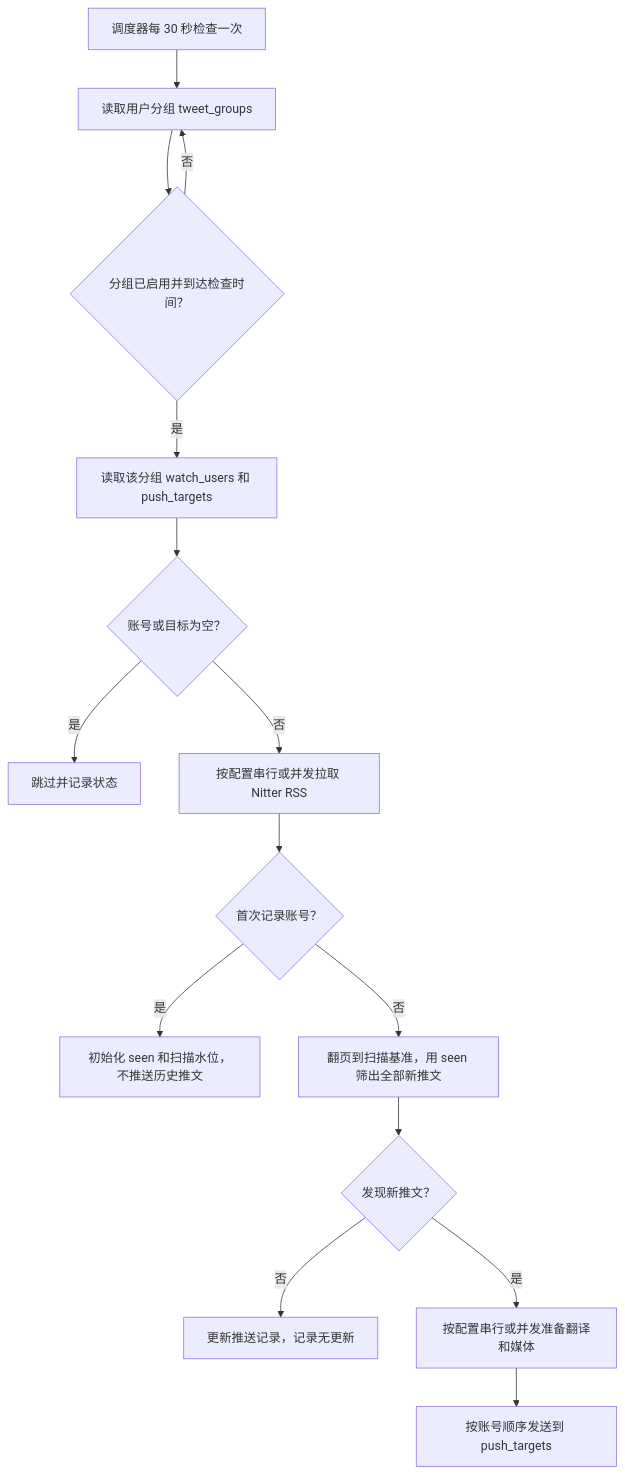
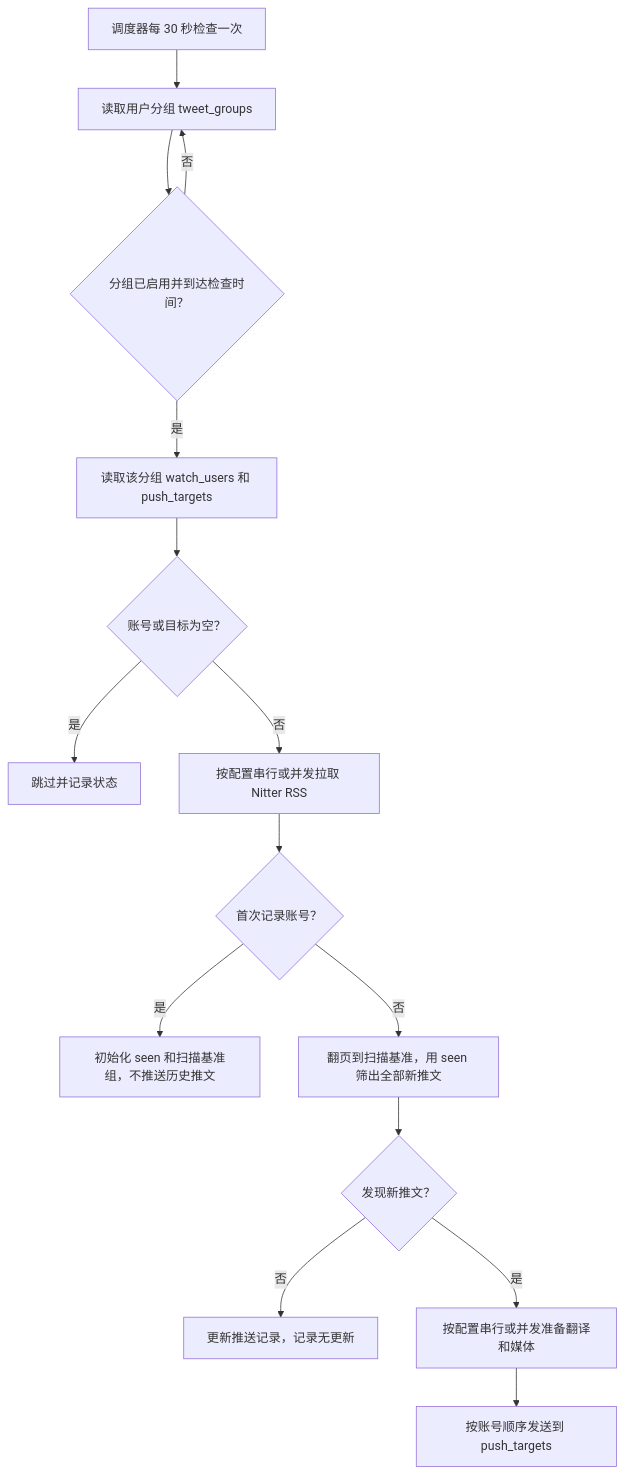
Before and after one commit to shitianyaa/astrbot_plugin_nitter_tweets: the first of 3 diagrams in docs/advanced.md, drawn with Mermaid. The commit also changed other lines of this file and 10 other files, not shown here.

````diff
--- a/docs/advanced.md
+++ b/docs/advanced.md
@@ -24,17 +24,17 @@
 ```mermaid
 flowchart TD
     A["调度器每 30 秒检查一次"] --> B["读取用户分组 tweet_groups"]
     B --> C{"分组已启用并到达检查时间？"}
     C -->|否| B
     C -->|是| D["读取该分组 watch_users 和 push_targets"]
     D --> E{"账号或目标为空？"}
     E -->|是| F["跳过并记录状态"]
     E -->|否| G["按配置串行或并发拉取 Nitter RSS"]
     G --> H{"首次记录账号？"}
-    H -->|是| I["初始化 seen 和扫描水位，不推送历史推文"]
+    H -->|是| I["初始化 seen 和扫描基准组，不推送历史推文"]
     H -->|否| J["翻页到扫描基准，用 seen 筛出全部新推文"]
     J --> K{"发现新推文？"}
     K -->|否| L["更新推送记录，记录无更新"]
     K -->|是| M["按配置串行或并发准备翻译和媒体"]
     M --> O["按账号顺序发送到 push_targets"]
 ```
````
